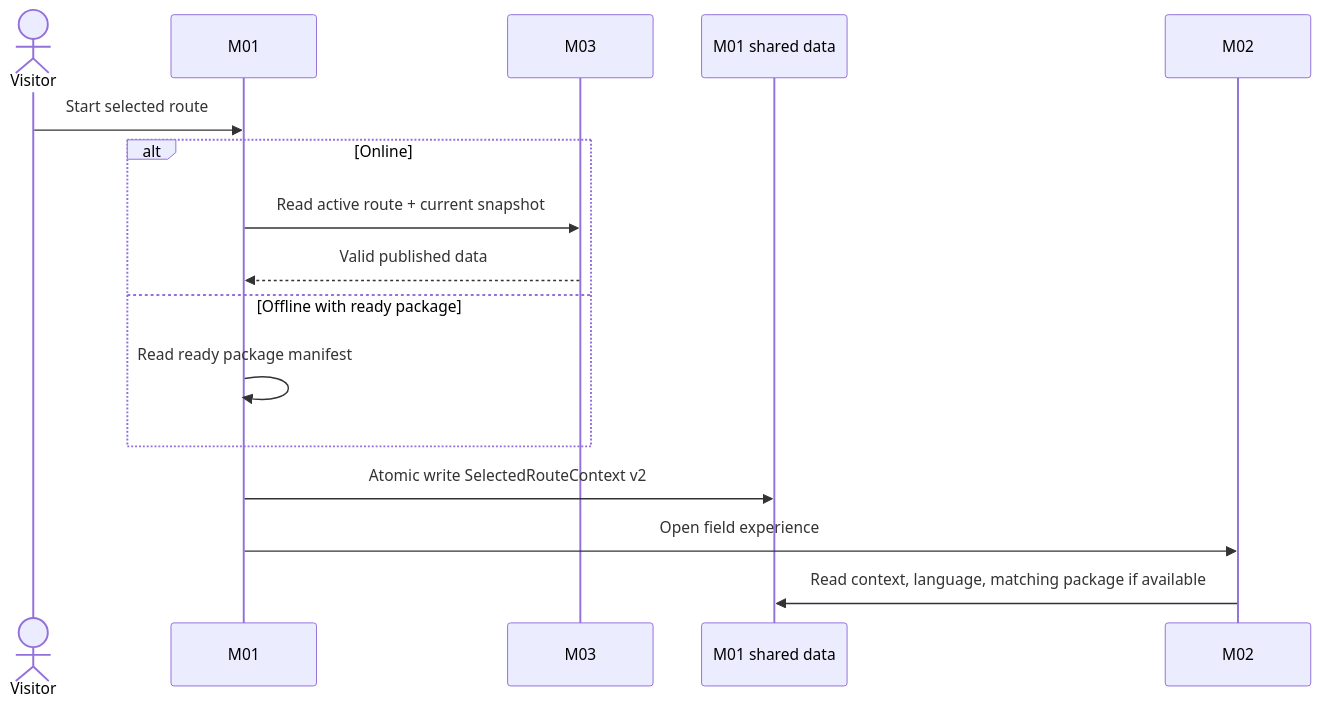
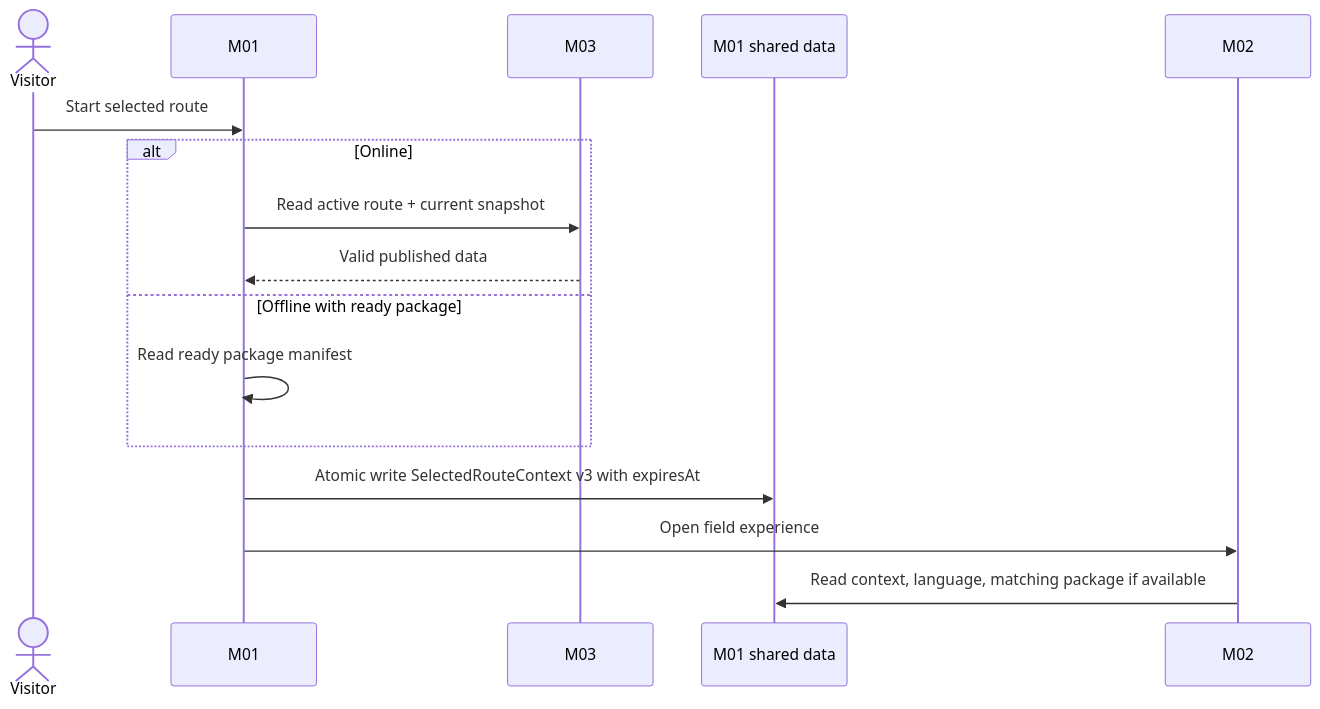
The second of 4 diagrams in docs/spec/spec-M01.md (MckhueVanPhuc/Refactor-Cuc-Phuong), drawn with Mermaid before and after one commit. The commit also changed other lines of this file and 2 other files, not shown here.

````diff
--- a/docs/spec/spec-M01.md
+++ b/docs/spec/spec-M01.md
@@ -157,18 +172,18 @@
 ```mermaid
 sequenceDiagram
     actor Visitor
     participant M01
     participant M03
     participant Shared as M01 shared data
     participant M02
     Visitor->>M01: Start selected route
     alt Online
         M01->>M03: Read active route + current snapshot
         M03-->>M01: Valid published data
     else Offline with ready package
         M01->>M01: Read ready package manifest
     end
-    M01->>Shared: Atomic write SelectedRouteContext v2
+    M01->>Shared: Atomic write SelectedRouteContext v3 with expiresAt
     M01->>M02: Open field experience
     M02->>Shared: Read context, language, matching package if available
 ```
````
